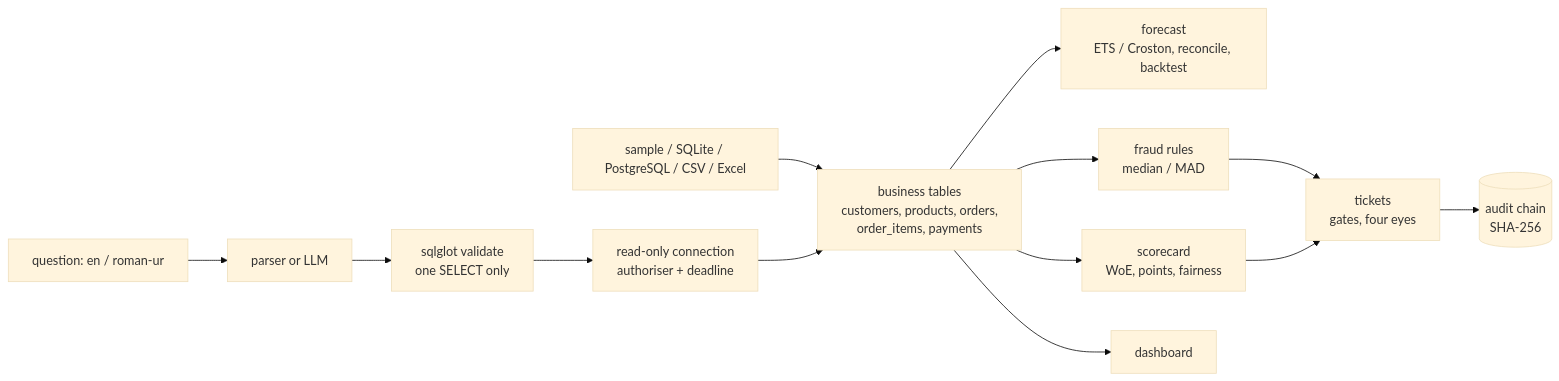
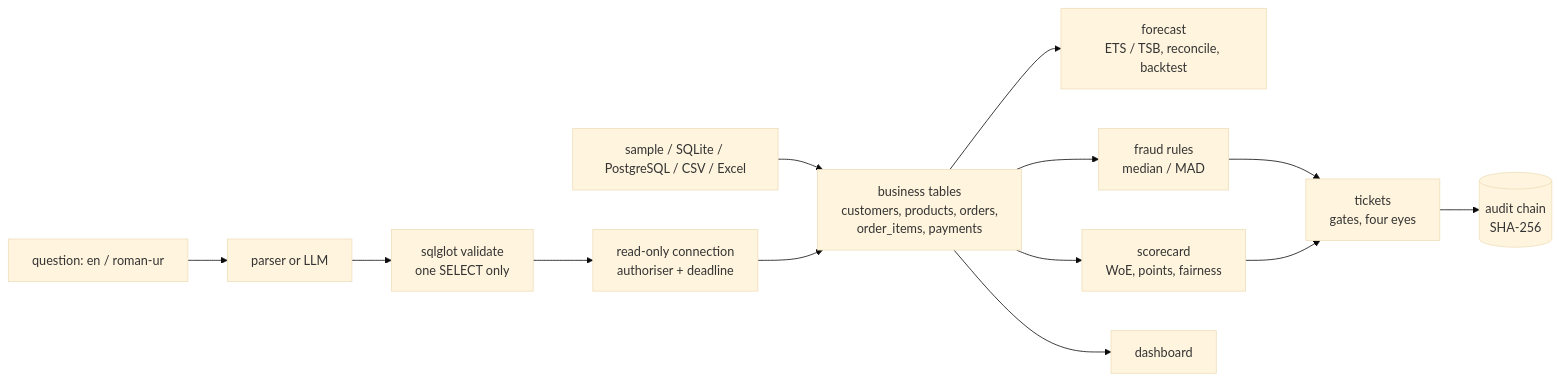
The diagram in README.md (hammasbuilds/analyst-in-a-box), drawn with Mermaid (base theme) before and after one commit. The commit also changed other lines of this file and 38 other files, not shown here.

````diff
--- a/README.md
+++ b/README.md
@@ -288,12 +293,12 @@
 ```mermaid
 flowchart LR
     S["sample / SQLite / PostgreSQL / CSV / Excel"] --> C["business tables<br/>customers, products, orders,<br/>order_items, payments"]
     Q["question: en / roman-ur"] --> P["parser or LLM"] --> V["sqlglot validate<br/>one SELECT only"] --> R["read-only connection<br/>authoriser + deadline"] --> C
-    C --> F["forecast<br/>ETS / Croston, reconcile, backtest"]
+    C --> F["forecast<br/>ETS / TSB, reconcile, backtest"]
     C --> X["fraud rules<br/>median / MAD"]
     C --> K["scorecard<br/>WoE, points, fairness"]
     X --> T["tickets<br/>gates, four eyes"]
     K --> T
     T --> A[("audit chain<br/>SHA-256")]
     C --> D["dashboard"]
 ```
````
